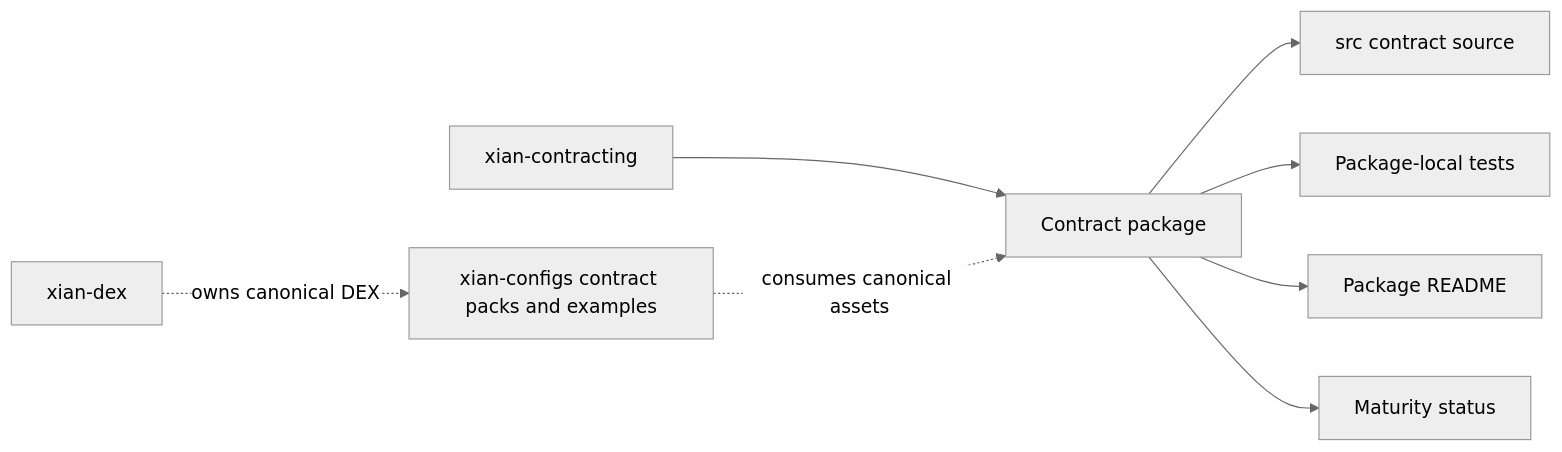
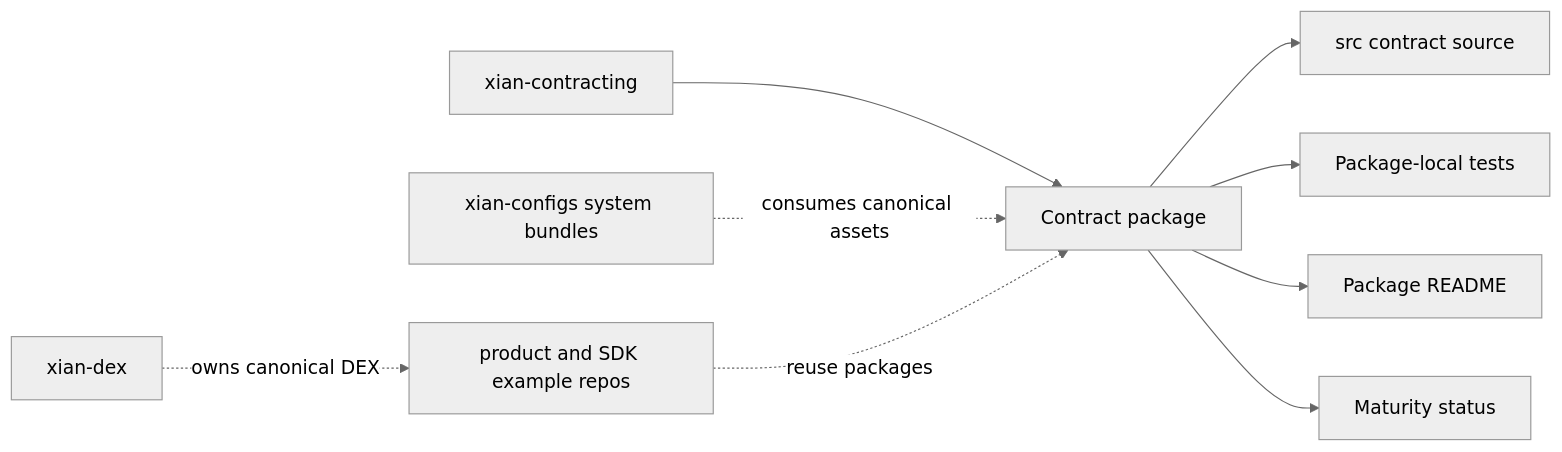
The diagram in README.md (xian-technology/xian-contracts), drawn with Mermaid (neutral theme) before and after one commit. The commit also changed other lines of this file and 2 other files, not shown here.

Commit message:
README and reflection-token DEX test updates

````diff
--- a/README.md
+++ b/README.md
@@ -17,10 +18,11 @@
 ```mermaid
 flowchart LR
   Package["Contract package"] --> Source["src contract source"]
   Package --> Tests["Package-local tests"]
   Package --> Readme["Package README"]
   Package --> Status["Maturity status"]
   Runtime["xian-contracting"] --> Package
-  NetworkPackaging["xian-configs contract packs and examples"] -. consumes canonical assets .-> Package
-  DEX["xian-dex"] -. owns canonical DEX .-> NetworkPackaging
+  NetworkPackaging["xian-configs system bundles"] -. consumes canonical assets .-> Package
+  ProductRepos["product and SDK example repos"] -. reuse packages .-> Package
+  DEX["xian-dex"] -. owns canonical DEX .-> ProductRepos
 ```
````
